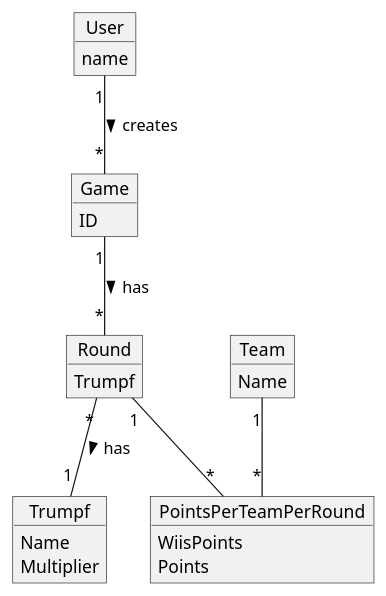
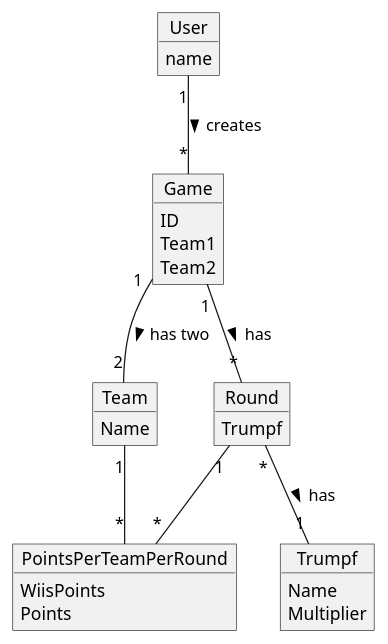
One commit to moschi/VSS_CT changed the diagram in erd.plantuml. Above: the diagram before and after it, drawn with PlantUML. The commit also changed 330 other files, not shown here.

```diff
--- a/erd.plantuml
+++ b/erd.plantuml
@@ -1,35 +1,38 @@
 @startuml ERD
 
 object User {
     name
 }
 
 object Game {
     ID
+    Team1
+    Team2
 }
 
 object Team {
     Name
 }
 
 object Round {
     Trumpf
 }
 
 object PointsPerTeamPerRound {
     WiisPoints
     Points
 }
 
 object Trumpf {
     Name
     Multiplier
 }
 
 User "1" -- "*" Game : creates >
 Game "1" -- "*" Round : has >
+Game "1" -- "2" Team : has two >
 Round "*" -- "1" Trumpf : has >
 Round "1" -- "*" PointsPerTeamPerRound
 Team "1" -- "*" PointsPerTeamPerRound
 
 @enduml
```
